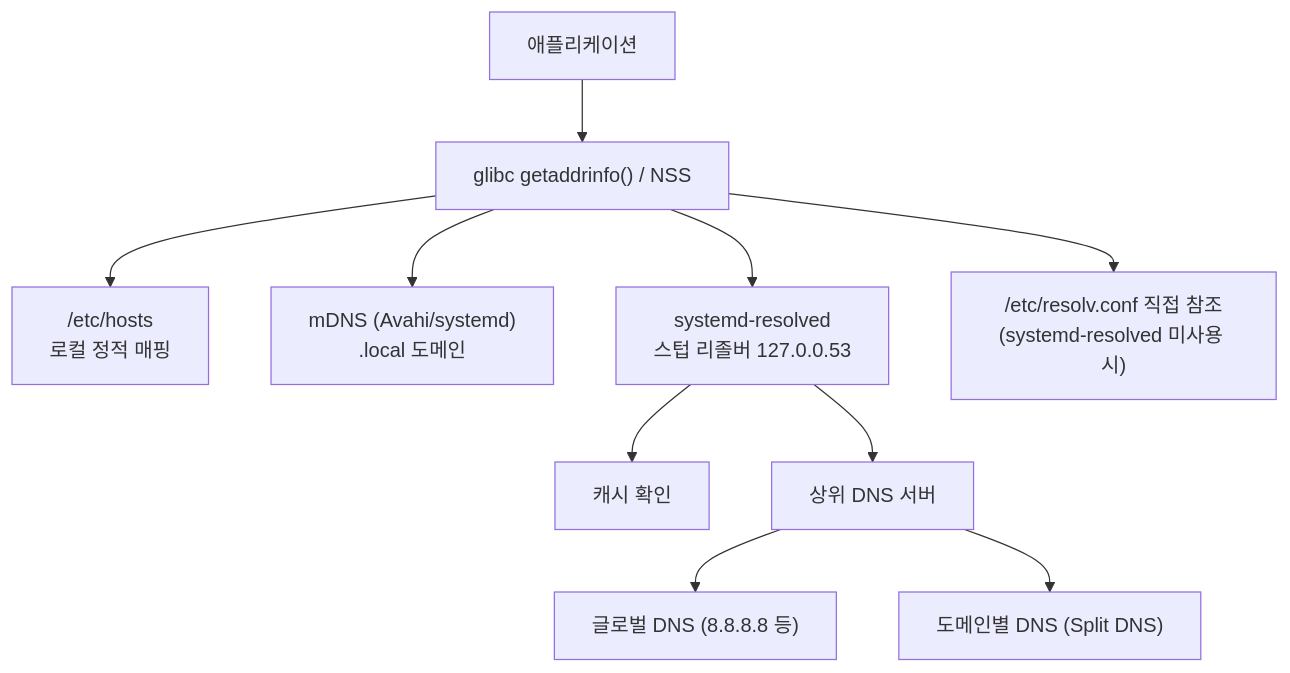
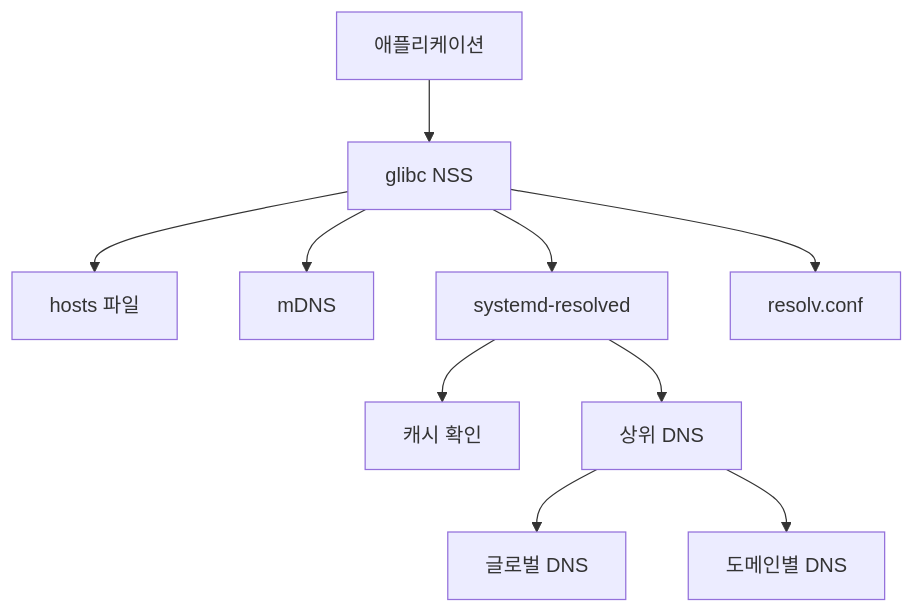
One commit to moonblueblue/devops-wiki changed the first of 3 diagrams in content/linux/network-basics/dns-config.md. Above: the diagram before and after it, drawn with Mermaid. The commit also changed other lines of this file and 37 other files, not shown here.

First line of the commit message:
style: linux 카테고리 ASCII 도표·Mermaid 라벨 형식 교정

````diff
--- a/content/linux/network-basics/dns-config.md
+++ b/content/linux/network-basics/dns-config.md
@@ -24,13 +24,13 @@
 ```mermaid
 graph TD
     APP["애플리케이션"]
-    --> NSS["glibc getaddrinfo() / NSS"]
-    NSS --> HOSTS["/etc/hosts<br/>로컬 정적 매핑"]
-    NSS --> MDNS["mDNS (Avahi/systemd)<br/>.local 도메인"]
-    NSS --> RESOLVED["systemd-resolved<br/>스텁 리졸버 127.0.0.53"]
+    --> NSS["glibc NSS"]
+    NSS --> HOSTS["hosts 파일"]
+    NSS --> MDNS["mDNS"]
+    NSS --> RESOLVED["systemd-resolved"]
     RESOLVED --> CACHE["캐시 확인"]
-    RESOLVED --> UPSTREAM["상위 DNS 서버"]
-    UPSTREAM --> GDNS["글로벌 DNS (8.8.8.8 등)"]
-    UPSTREAM --> SDNS["도메인별 DNS (Split DNS)"]
-    NSS --> RESOLV["/etc/resolv.conf 직접 참조<br/>(systemd-resolved 미사용 시)"]
+    RESOLVED --> UPSTREAM["상위 DNS"]
+    UPSTREAM --> GDNS["글로벌 DNS"]
+    UPSTREAM --> SDNS["도메인별 DNS"]
+    NSS --> RESOLV["resolv.conf"]
 ```
````
